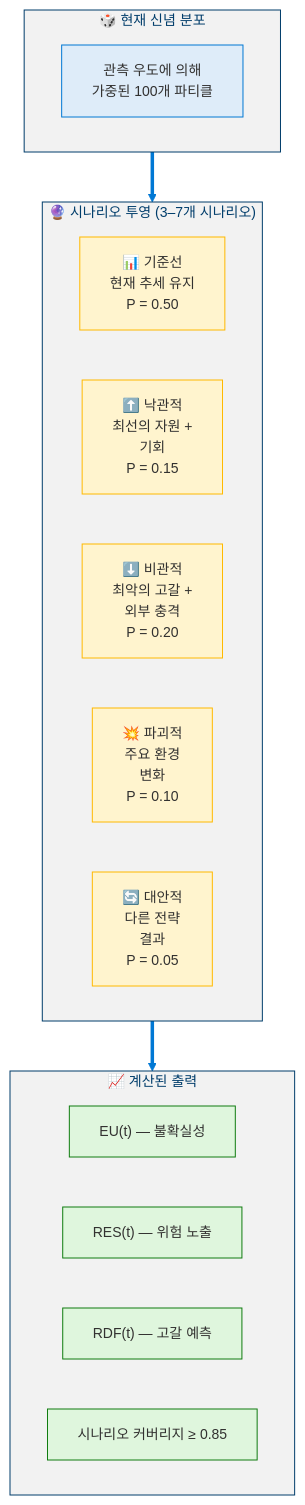
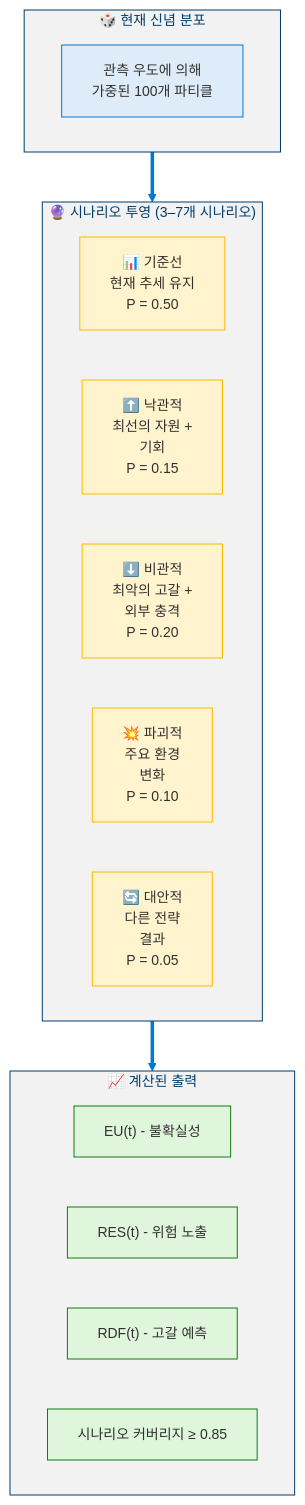
One commit to dotnetpower/mscp changed the fifth of 17 diagrams in docs/levels/Level_4_8_Strategic_Self_Modeling.ko.md. Above: the diagram before and after it, drawn with Mermaid. The commit also changed other lines of this file and 26 other files, not shown here.

````diff
--- a/docs/levels/Level_4_8_Strategic_Self_Modeling.ko.md
+++ b/docs/levels/Level_4_8_Strategic_Self_Modeling.ko.md
@@ -260,29 +260,29 @@
 ```mermaid
 %%{init: {'theme': 'base', 'themeVariables': {'primaryColor': '#0078D4', 'primaryTextColor': '#003D6B', 'primaryBorderColor': '#003D6B', 'secondaryColor': '#50E6FF', 'secondaryTextColor': '#323130', 'secondaryBorderColor': '#00BCF2', 'tertiaryColor': '#F2F2F2', 'tertiaryTextColor': '#323130', 'lineColor': '#0078D4', 'textColor': '#323130', 'mainBkg': '#DEECF9', 'nodeBorder': '#0078D4', 'clusterBkg': '#F2F2F2', 'clusterBorder': '#003D6B', 'titleColor': '#003D6B', 'edgeLabelBackground': '#FFFFFF', 'fontSize': '14px'}}}%%
 flowchart TD
   classDef belief fill:#DEECF9,stroke:#0078D4,color:#323130
   classDef scenario fill:#FFF4CE,stroke:#FFB900,color:#323130
   classDef output fill:#DFF6DD,stroke:#107C10,color:#323130
 
   subgraph Belief["🎲 현재 신념 분포"]
     BD["관측 우도에 의해<br/>가중된 100개 파티클"]:::belief
   end
 
   subgraph Scenarios["🔮 시나리오 투영 (3–7개 시나리오)"]
     S1["📊 기준선<br/>현재 추세 유지<br/>P = 0.50"]:::scenario
     S2["⬆️ 낙관적<br/>최선의 자원 +<br/>기회<br/>P = 0.15"]:::scenario
     S3["⬇️ 비관적<br/>최악의 고갈 +<br/>외부 충격<br/>P = 0.20"]:::scenario
     S4["💥 파괴적<br/>주요 환경<br/>변화<br/>P = 0.10"]:::scenario
     S5["🔄 대안적<br/>다른 전략<br/>결과<br/>P = 0.05"]:::scenario
   end
 
   subgraph Outputs["📈 계산된 출력"]
-    EU["EU(t) — 불확실성"]:::output
-    RES["RES(t) — 위험 노출"]:::output
-    RDF["RDF(t) — 고갈 예측"]:::output
+    EU["EU(t) - 불확실성"]:::output
+    RES["RES(t) - 위험 노출"]:::output
+    RDF["RDF(t) - 고갈 예측"]:::output
     COV["시나리오 커버리지 ≥ 0.85"]:::output
   end
 
   Belief ==> Scenarios
   Scenarios ==> Outputs
 ```
````
